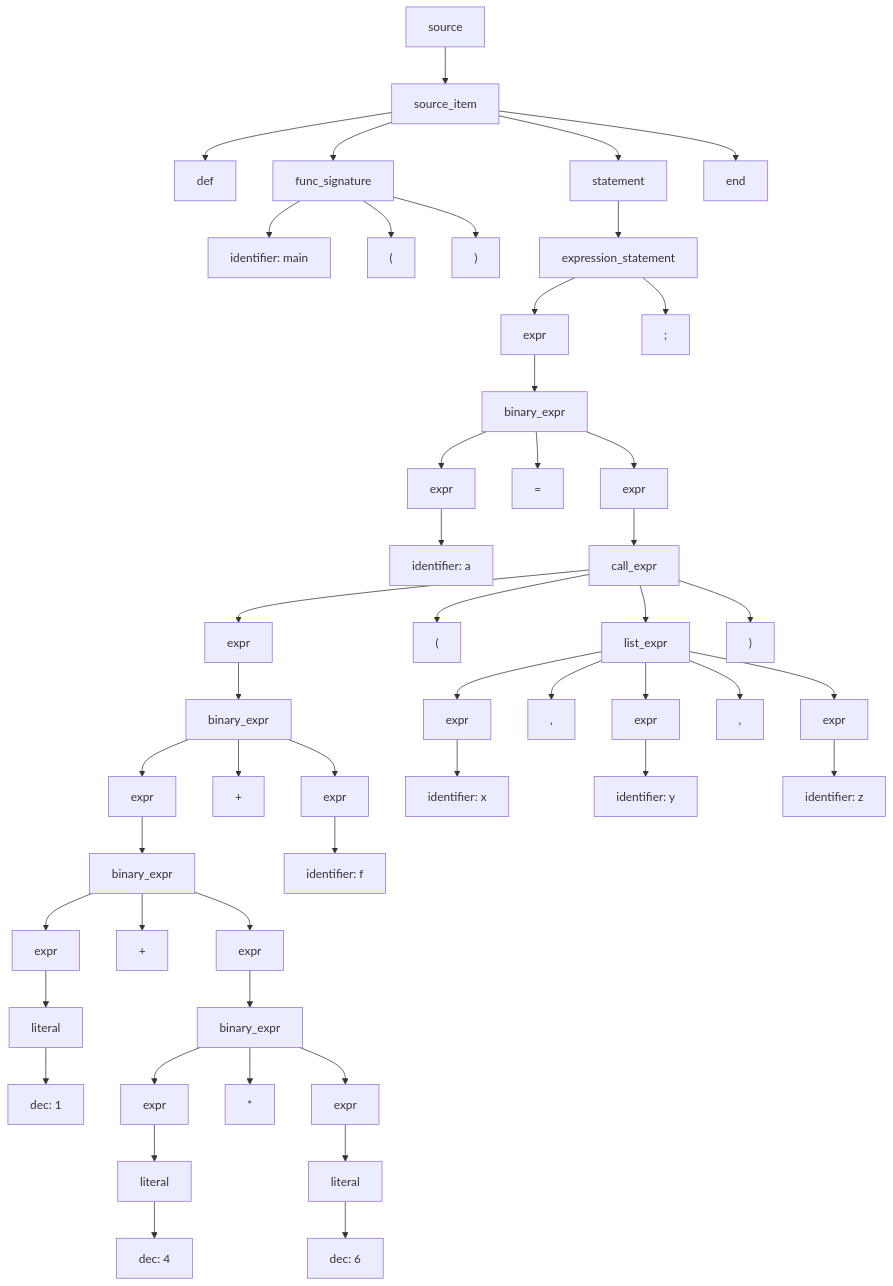
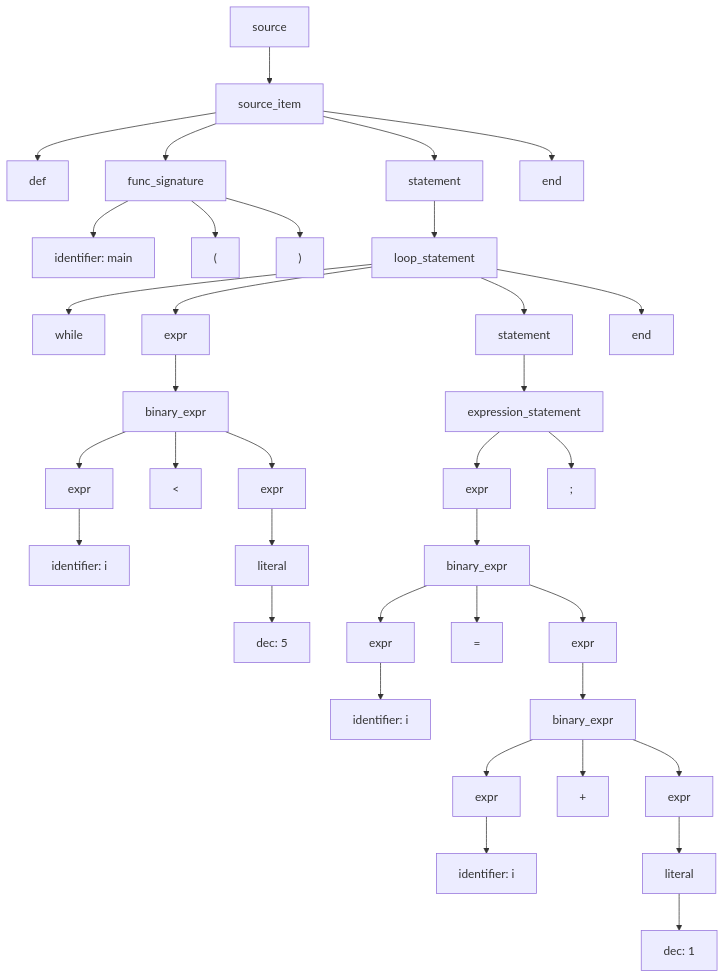
Before and after one commit to ErnandesDaniel/system-software-lab-1: the diagram in ast.mmd, drawn with Mermaid. The commit also changed 4 other files, not shown here.

```diff
--- a/ast.mmd
+++ b/ast.mmd
@@ -1,98 +1,72 @@
 graph TD;
 N0["source"]
 N1["source_item"]
 N0 --> N1
 N2["def"]
 N1 --> N2
 N3["func_signature"]
 N1 --> N3
 N4["identifier: main"]
 N3 --> N4
 N5["("]
 N3 --> N5
 N6[")"]
 N3 --> N6
 N7["statement"]
 N1 --> N7
-N8["expression_statement"]
+N8["loop_statement"]
 N7 --> N8
-N9["expr"]
+N9["while"]
 N8 --> N9
-N10["binary_expr"]
-N9 --> N10
-N11["expr"]
+N10["expr"]
+N8 --> N10
+N11["binary_expr"]
 N10 --> N11
-N12["identifier: a"]
+N12["expr"]
 N11 --> N12
-N13["="]
-N10 --> N13
-N14["expr"]
-N10 --> N14
-N15["call_expr"]
-N14 --> N15
-N16["expr"]
+N13["identifier: i"]
+N12 --> N13
+N14["<"]
+N11 --> N14
+N15["expr"]
+N11 --> N15
+N16["literal"]
 N15 --> N16
-N17["binary_expr"]
+N17["dec: 5"]
 N16 --> N17
-N18["expr"]
-N17 --> N18
-N19["binary_expr"]
+N18["statement"]
+N8 --> N18
+N19["expression_statement"]
 N18 --> N19
 N20["expr"]
 N19 --> N20
-N21["literal"]
+N21["binary_expr"]
 N20 --> N21
-N22["dec: 1"]
+N22["expr"]
 N21 --> N22
-N23["+"]
-N19 --> N23
-N24["expr"]
-N19 --> N24
-N25["binary_expr"]
-N24 --> N25
-N26["expr"]
+N23["identifier: i"]
+N22 --> N23
+N24["="]
+N21 --> N24
+N25["expr"]
+N21 --> N25
+N26["binary_expr"]
 N25 --> N26
-N27["literal"]
+N27["expr"]
 N26 --> N27
-N28["dec: 4"]
+N28["identifier: i"]
 N27 --> N28
-N29["*"]
-N25 --> N29
+N29["+"]
+N26 --> N29
 N30["expr"]
-N25 --> N30
+N26 --> N30
 N31["literal"]
 N30 --> N31
-N32["dec: 6"]
+N32["dec: 1"]
 N31 --> N32
-N33["+"]
-N17 --> N33
-N34["expr"]
-N17 --> N34
-N35["identifier: f"]
-N34 --> N35
-N36["("]
-N15 --> N36
-N37["list_expr"]
-N15 --> N37
-N38["expr"]
-N37 --> N38
-N39["identifier: x"]
-N38 --> N39
-N40[","]
-N37 --> N40
-N41["expr"]
-N37 --> N41
-N42["identifier: y"]
-N41 --> N42
-N43[","]
-N37 --> N43
-N44["expr"]
-N37 --> N44
-N45["identifier: z"]
-N44 --> N45
-N46[")"]
-N15 --> N46
-N47[";"]
-N8 --> N47
-N48["end"]
-N1 --> N48
+N33[";"]
+N19 --> N33
+N34["end"]
+N8 --> N34
+N35["end"]
+N1 --> N35
```
